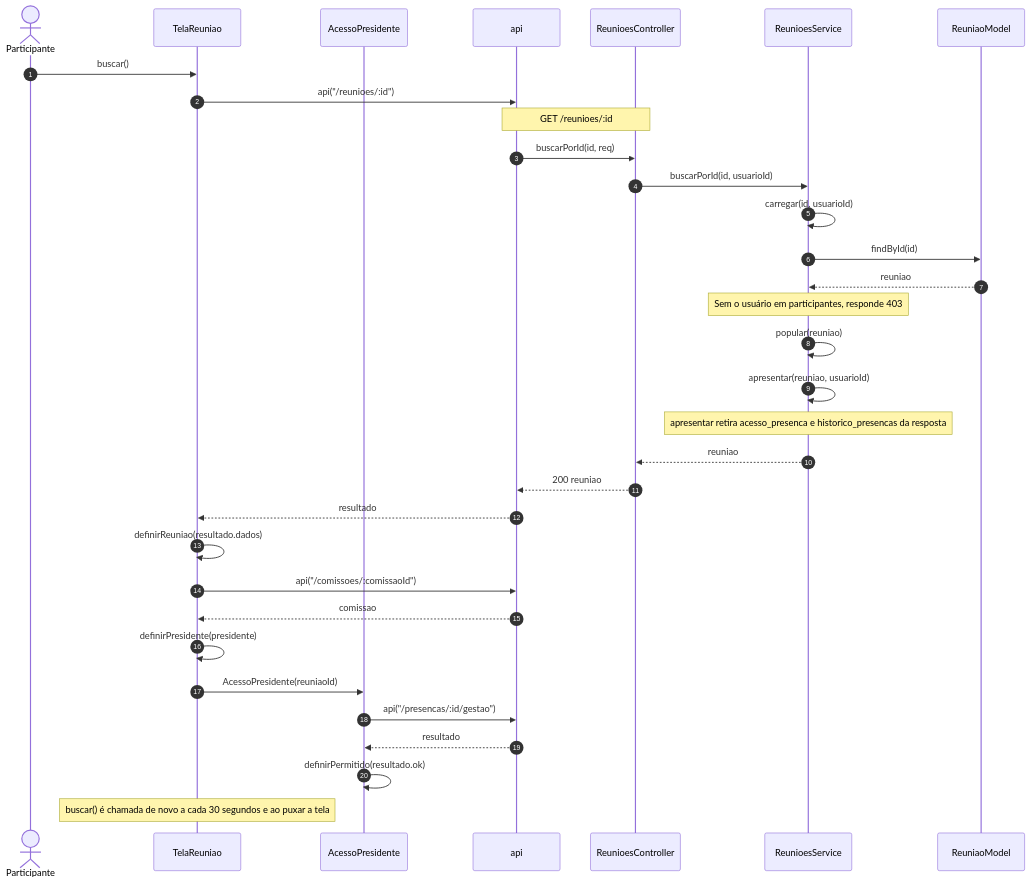
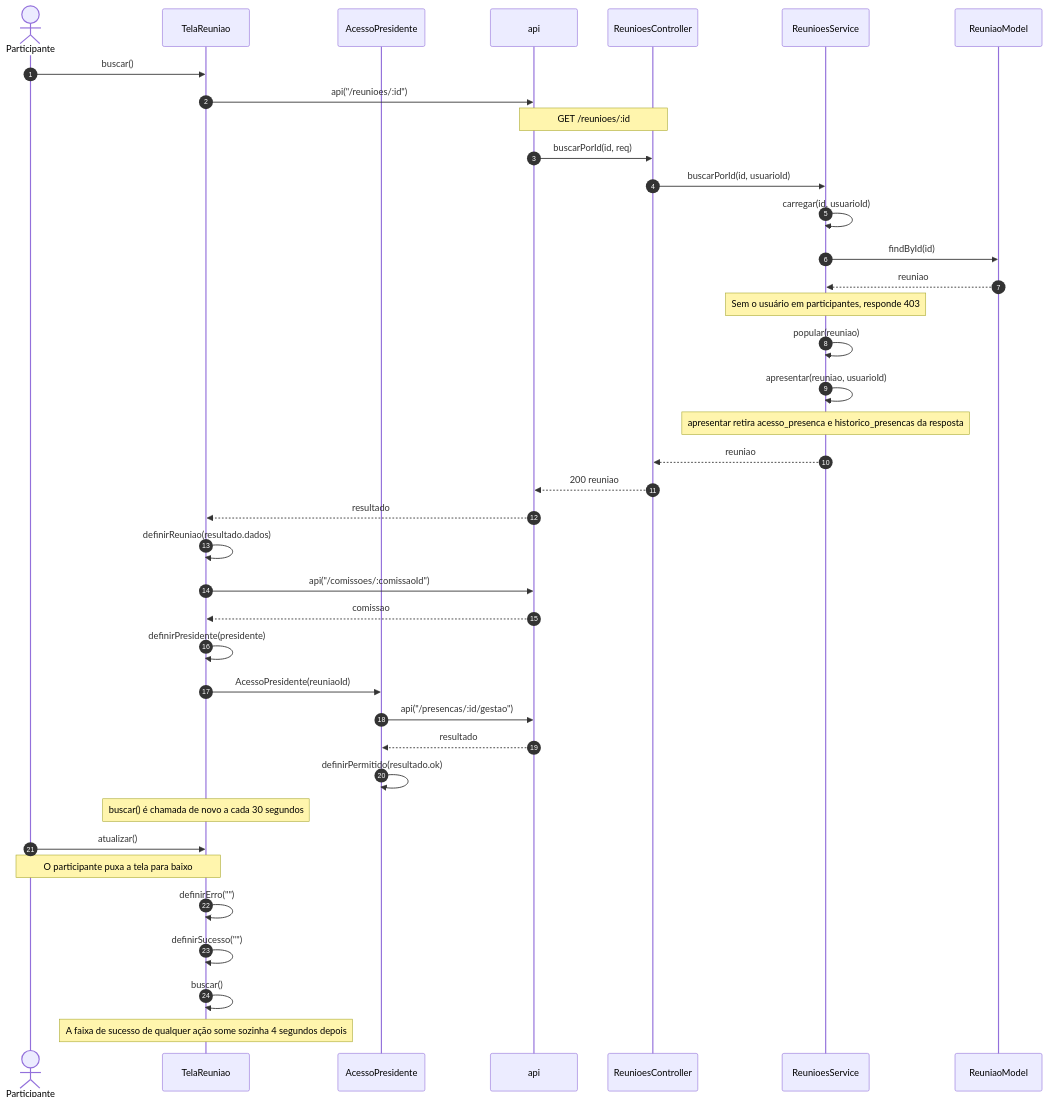
Before and after one commit to Conecta-IFSP/DOCUMENTATION: the third of 23 diagrams in 3 - Incremento 2/reunioes/6 - diagramas-sequencia-reunioes.md, drawn with Mermaid. The commit also changed other lines of this file and 34 other files, not shown here.

````diff
--- a/3 - Incremento 2/reunioes/6 - diagramas-sequencia-reunioes.md
+++ b/3 - Incremento 2/reunioes/6 - diagramas-sequencia-reunioes.md
@@ -102,35 +102,41 @@
 ```mermaid
 sequenceDiagram
     autonumber
     actor U as Participante
     participant T as TelaReuniao
     participant P as AcessoPresidente
     participant A as api
     participant C as ReunioesController
     participant S as ReunioesService
     participant M as ReuniaoModel
     U->>T: buscar()
     T->>A: api("/reunioes/:id")
     Note over A,C: GET /reunioes/:id
     A->>C: buscarPorId(id, req)
     C->>S: buscarPorId(id, usuarioId)
     S->>S: carregar(id, usuarioId)
     S->>M: findById(id)
     M-->>S: reuniao
     Note over S: Sem o usuário em participantes, responde 403
     S->>S: popular(reuniao)
     S->>S: apresentar(reuniao, usuarioId)
     Note over S: apresentar retira acesso_presenca e historico_presencas da resposta
     S-->>C: reuniao
     C-->>A: 200 reuniao
     A-->>T: resultado
     T->>T: definirReuniao(resultado.dados)
     T->>A: api("/comissoes/:comissaoId")
     A-->>T: comissao
     T->>T: definirPresidente(presidente)
     T->>P: AcessoPresidente(reuniaoId)
     P->>A: api("/presencas/:id/gestao")
     A-->>P: resultado
     P->>P: definirPermitido(resultado.ok)
-    Note over T: buscar() é chamada de novo a cada 30 segundos e ao puxar a tela
+    Note over T: buscar() é chamada de novo a cada 30 segundos
+    U->>T: atualizar()
+    Note over U,T: O participante puxa a tela para baixo
+    T->>T: definirErro("")
+    T->>T: definirSucesso("")
+    T->>T: buscar()
+    Note over T: A faixa de sucesso de qualquer ação some sozinha 4 segundos depois
 ```
````
